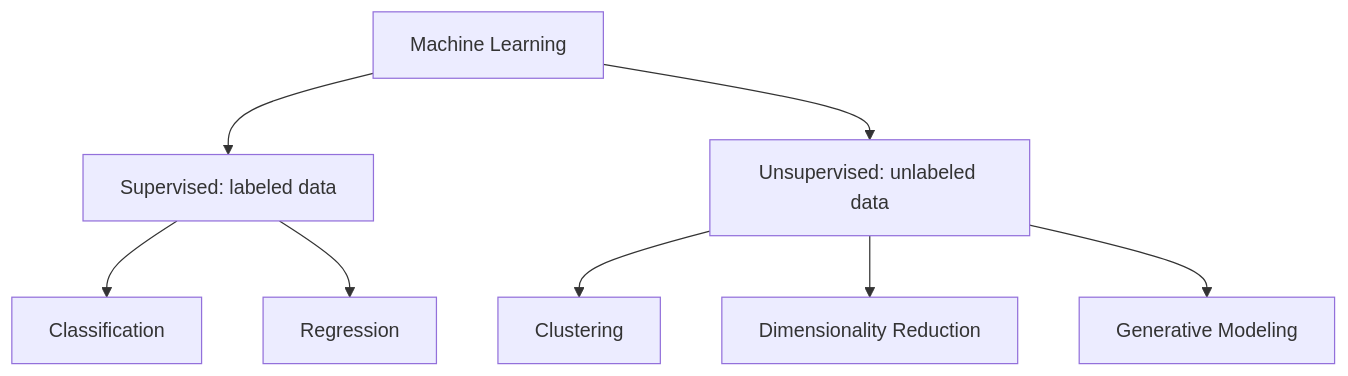
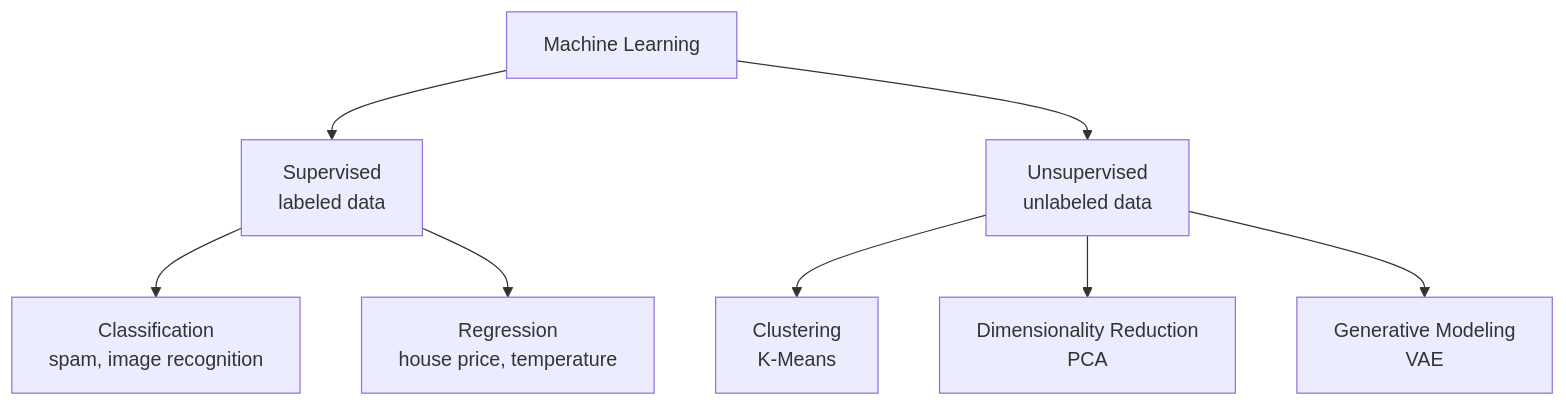
One commit to kaisarnajar/outcome-school-blogs changed the first of 2 diagrams in notes/step-01-machine-learning-foundations/002-supervised-vs-unsupervised-learning.md. Above: the diagram before and after it, drawn with Mermaid. The commit also changed other lines of this file and 233 other files, not shown here.

````diff
--- a/notes/step-01-machine-learning-foundations/002-supervised-vs-unsupervised-learning.md
+++ b/notes/step-01-machine-learning-foundations/002-supervised-vs-unsupervised-learning.md
@@ -41,10 +62,10 @@
 ```mermaid
 flowchart TD
-    ML["Machine Learning"] --> S["Supervised: labeled data"]
-    ML --> U["Unsupervised: unlabeled data"]
-    S --> C["Classification"]
-    S --> R["Regression"]
-    U --> CL["Clustering"]
-    U --> DR["Dimensionality Reduction"]
-    U --> G["Generative Modeling"]
+    ML["Machine Learning"] --> S["Supervised<br/>labeled data"]
+    ML --> U["Unsupervised<br/>unlabeled data"]
+    S --> S1["Classification<br/>spam, image recognition"]
+    S --> S2["Regression<br/>house price, temperature"]
+    U --> U1["Clustering<br/>K-Means"]
+    U --> U2["Dimensionality Reduction<br/>PCA"]
+    U --> U3["Generative Modeling<br/>VAE"]
 ```
````
